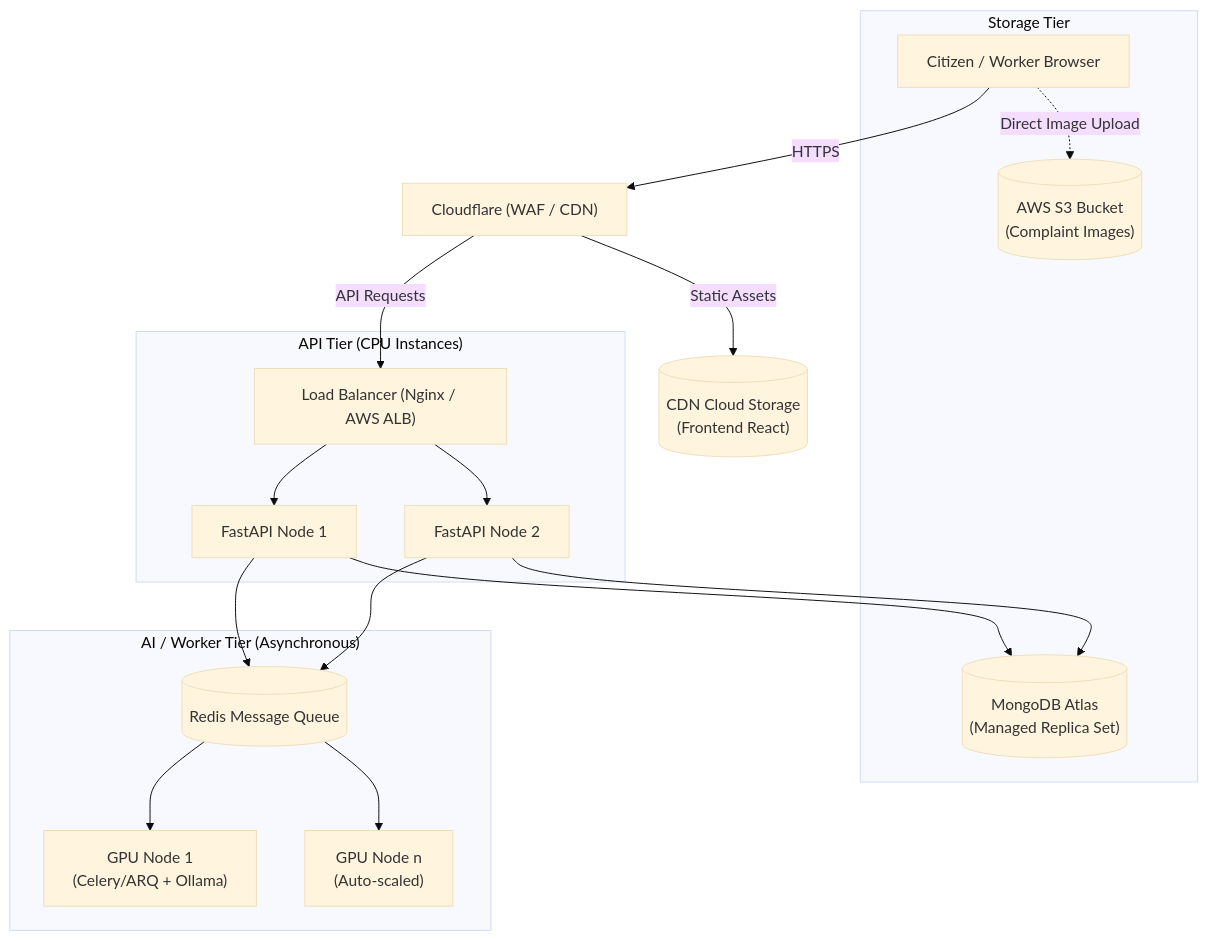
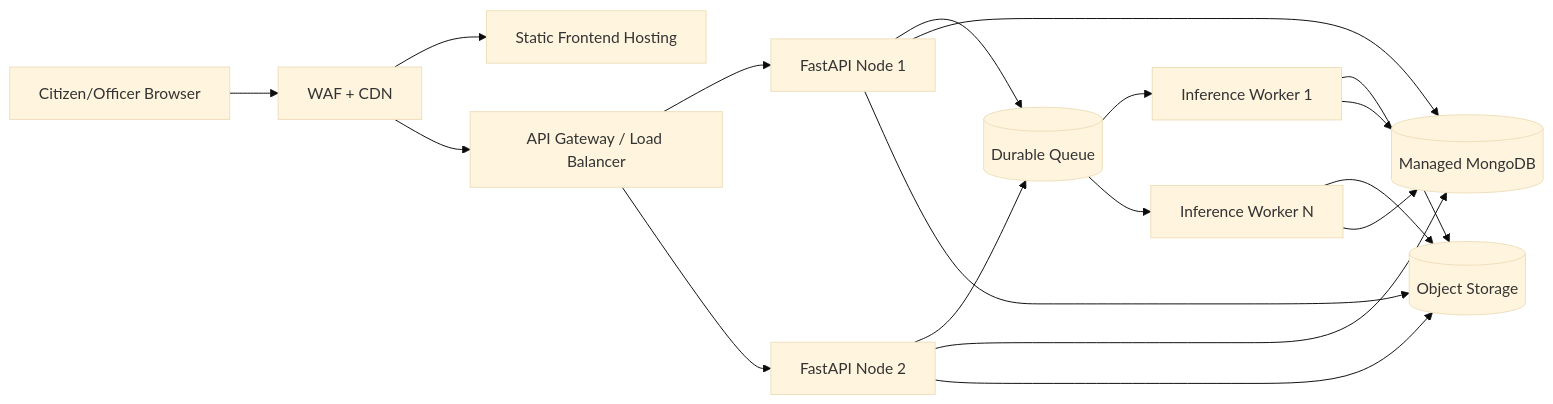
Before and after one commit to ark5234/Jan-Sunwai-AI: the second of 3 diagrams in docs/PRODUCTION_DEPLOYMENT_PLAN.md, drawn with Mermaid (base theme). The commit also changed other lines of this file and 13 other files, not shown here.

Commit message:
Refactor documentation in reports folder: Update README.md, SCHEMA_DESIGN.md, and SYSTEM_ARCHITECTURE.md for clarity and consistency. Enhance descriptions, add new sections, and improve formatting. Last updated date standardized to 2026-04-06.

````diff
--- a/docs/PRODUCTION_DEPLOYMENT_PLAN.md
+++ b/docs/PRODUCTION_DEPLOYMENT_PLAN.md
@@ -63,24 +37,25 @@
 ```mermaid
-graph TB
-    Client["Citizen / Worker Browser"] -->|HTTPS| Cloudflare["Cloudflare (WAF / CDN)"]
-    Cloudflare -->|Static Assets| S3_Static[("CDN Cloud Storage\n(Frontend React)")]
-    Cloudflare -->|API Requests| ALB["Load Balancer (Nginx / AWS ALB)"]
+flowchart LR
+    Browser[Citizen/Officer Browser] --> WAF[WAF + CDN]
+    WAF --> FE[Static Frontend Hosting]
+    WAF --> ALB[API Gateway / Load Balancer]
 
-    subgraph "API Tier (CPU Instances)"
-        ALB --> API1["FastAPI Node 1"]
-        ALB --> API2["FastAPI Node 2"]
-    end
+    ALB --> API1[FastAPI Node 1]
+    ALB --> API2[FastAPI Node 2]
 
-    subgraph "Storage Tier"
-        API1 --> Atlas[("MongoDB Atlas\n(Managed Replica Set)")]
-        API2 --> Atlas
-        Client -.->|Direct Image Upload| S3_Images[("AWS S3 Bucket\n(Complaint Images)")]
-    end
+    API1 --> Redis[(Durable Queue)]
+    API2 --> Redis
 
-    subgraph "AI / Worker Tier (Asynchronous)"
-        API1 --> Redis[("Redis Message Queue")]
-        API2 --> Redis
-        Redis --> GPU1["GPU Node 1\n(Celery/ARQ + Ollama)"]
-        Redis --> GPU2["GPU Node n\n(Auto-scaled)"]
-    end
+    API1 --> Atlas[(Managed MongoDB)]
+    API2 --> Atlas
+
+    API1 --> S3[(Object Storage)]
+    API2 --> S3
+
+    Redis --> GPU1[Inference Worker 1]
+    Redis --> GPU2[Inference Worker N]
+    GPU1 --> S3
+    GPU2 --> S3
+    GPU1 --> Atlas
+    GPU2 --> Atlas
 ```
````
